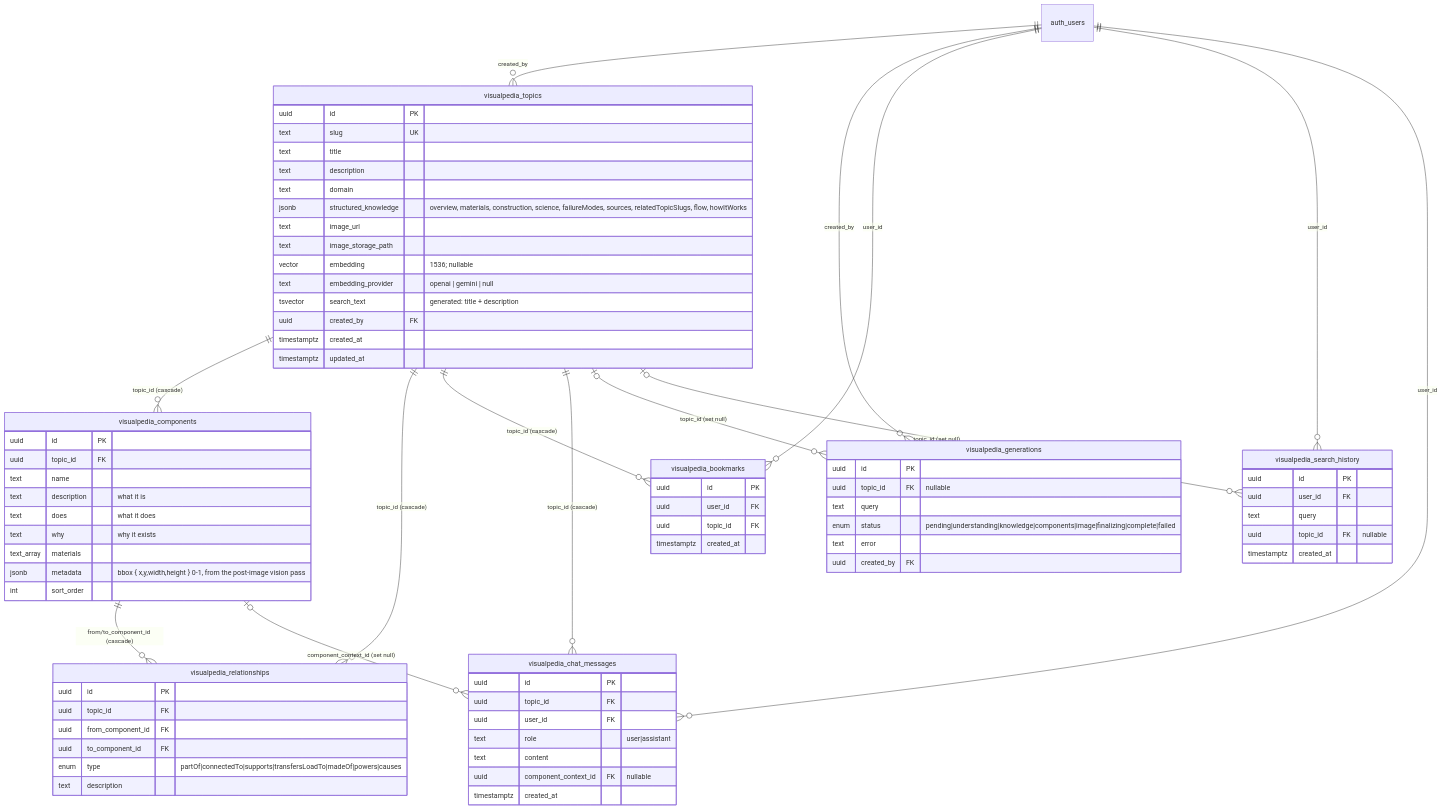
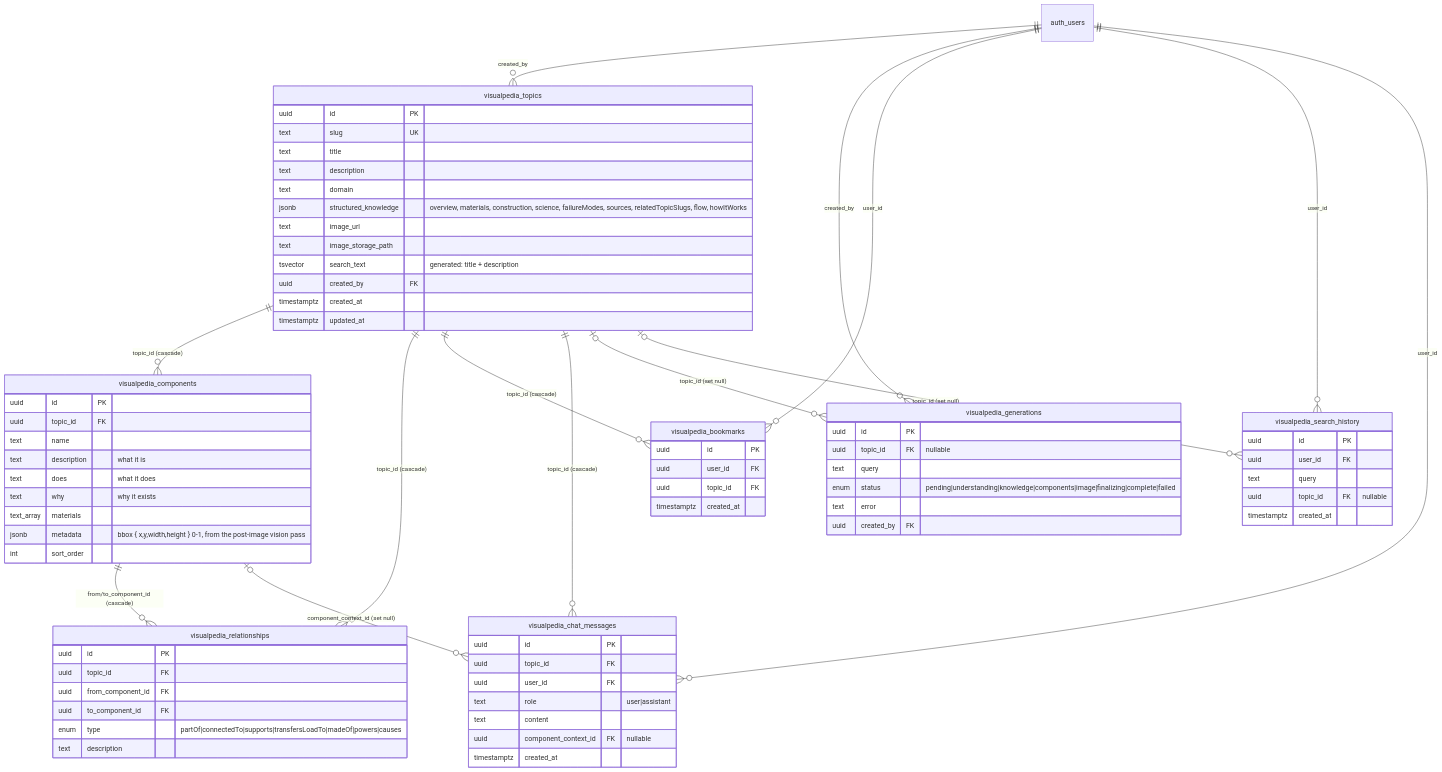
Before and after one commit to bernard676/cutaways: the third of 7 diagrams in docs/ARCHITECTURE.md, drawn with Mermaid. The commit also changed other lines of this file and 27 other files, not shown here.

```diff
--- a/docs/ARCHITECTURE.md
+++ b/docs/ARCHITECTURE.md
@@ -184,8 +172,6 @@
         jsonb structured_knowledge "overview, materials, construction, science, failureModes, sources, relatedTopicSlugs, flow, howItWorks"
         text image_url
         text image_storage_path
-        vector embedding "1536; nullable"
-        text embedding_provider "openai | gemini | null"
         tsvector search_text "generated: title + description"
         uuid created_by FK
         timestamptz created_at
```
